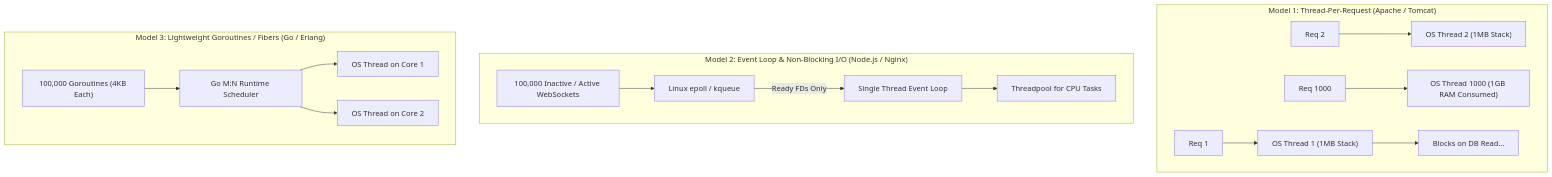
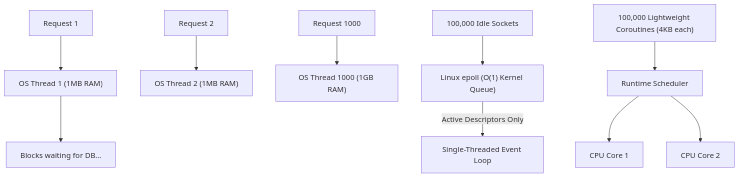
The fourth of 9 diagrams in server.md (Sujalkathait/high-level-design), drawn with Mermaid before and after one commit. The commit also changed other lines of this file, not shown here.

````diff
--- a/server.md
+++ b/server.md
@@ -226,21 +256,14 @@
 ```mermaid
 flowchart TD
-    subgraph ModelA ["Model 1: Thread-Per-Request (Apache / Tomcat)"]
-        Req1[Req 1] --> Thread1["OS Thread 1 (1MB Stack)"]
-        Req2[Req 2] --> Thread2["OS Thread 2 (1MB Stack)"]
-        ReqN[Req 1000] --> ThreadN["OS Thread 1000 (1GB RAM Consumed)"]
-        Thread1 --> Block1["Blocks on DB Read..."]
-    end
+    Req1["Request 1"] --> T1["OS Thread 1 (1MB RAM)"]
+    Req2["Request 2"] --> T2["OS Thread 2 (1MB RAM)"]
+    Req3["Request 1000"] --> T3["OS Thread 1000 (1GB RAM)"]
+    T1 --> Block["Blocks waiting for DB..."]
 
-    subgraph ModelB ["Model 2: Event Loop & Non-Blocking I/O (Node.js / Nginx)"]
-        N_Reqs["100,000 Inactive / Active WebSockets"] --> OS_Epoll["Linux epoll / kqueue"]
-        OS_Epoll -->|"Ready FDs Only"| EventLoop["Single Thread Event Loop"]
-        EventLoop --> WorkerPool["Threadpool for CPU Tasks"]
-    end
+    ManySockets["100,000 Idle Sockets"] --> LinuxEpoll["Linux epoll (O(1) Kernel Queue)"]
+    LinuxEpoll -->|"Active Descriptors Only"| SingleLoop["Single-Threaded Event Loop"]
 
-    subgraph ModelC ["Model 3: Lightweight Goroutines / Fibers (Go / Erlang)"]
-        G_Reqs["100,000 Goroutines (4KB Each)"] --> GoScheduler["Go M:N Runtime Scheduler"]
-        GoScheduler --> Core1["OS Thread on Core 1"]
-        GoScheduler --> Core2["OS Thread on Core 2"]
-    end
+    GoSockets["100,000 Lightweight Coroutines (4KB each)"] --> GoSched["Runtime Scheduler"]
+    GoSched --> Core1["CPU Core 1"]
+    GoSched --> Core2["CPU Core 2"]
 ```
````
